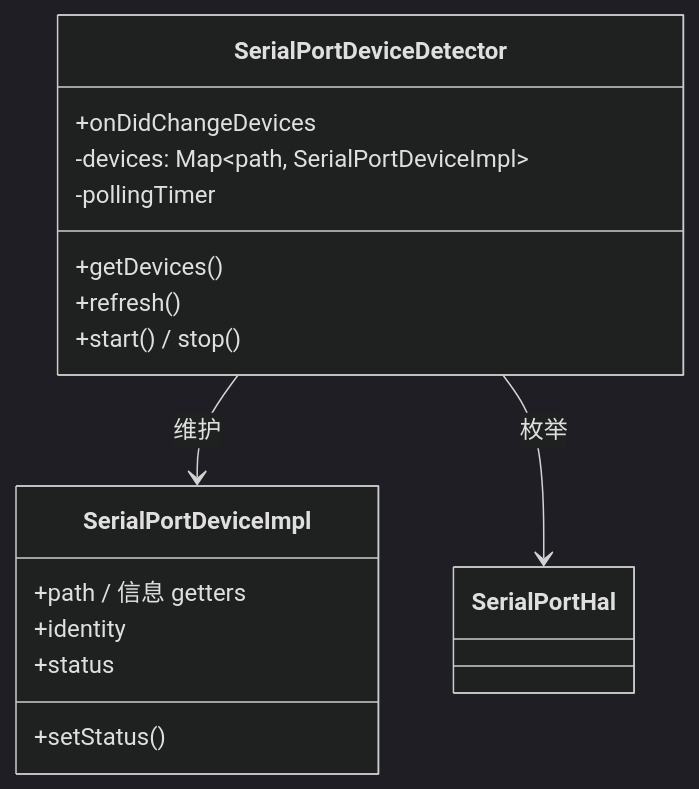
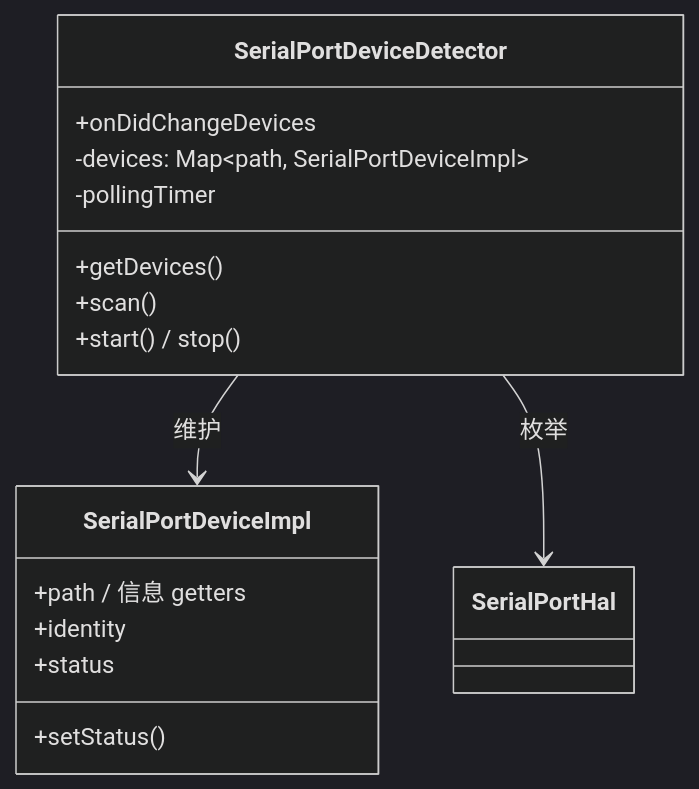
One commit to ziqiang-zhu/vscode-serial-port-terminal changed the third of 3 diagrams in doc/SerialPortDeviceDetector设计.md. Above: the diagram before and after it, drawn with Mermaid (dark theme). The commit also changed other lines of this file and 17 other files, not shown here.

Commit message:
refactor: Redesign the architecture

````diff
--- a/doc/SerialPortDeviceDetector设计.md
+++ b/doc/SerialPortDeviceDetector设计.md
@@ -114,19 +114,19 @@
 ```mermaid
 classDiagram
     class SerialPortDeviceDetector {
         +getDevices()
-        +refresh()
+        +scan()
         +start() / stop()
         +onDidChangeDevices
         -devices: Map~path, SerialPortDeviceImpl~
         -pollingTimer
     }
     class SerialPortDeviceImpl {
         +path / 信息 getters
         +identity
         +status
         +setStatus()
     }
     SerialPortDeviceDetector --> SerialPortDeviceImpl : 维护
     SerialPortDeviceDetector --> SerialPortHal : 枚举
 ```
````
